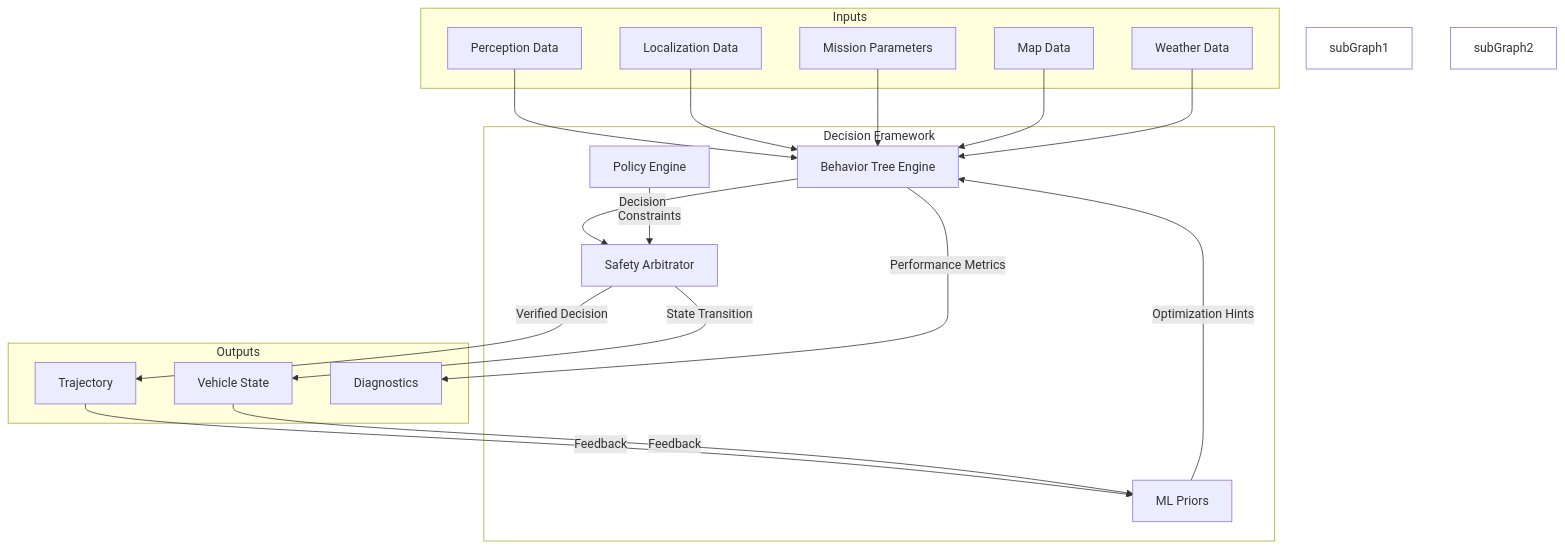
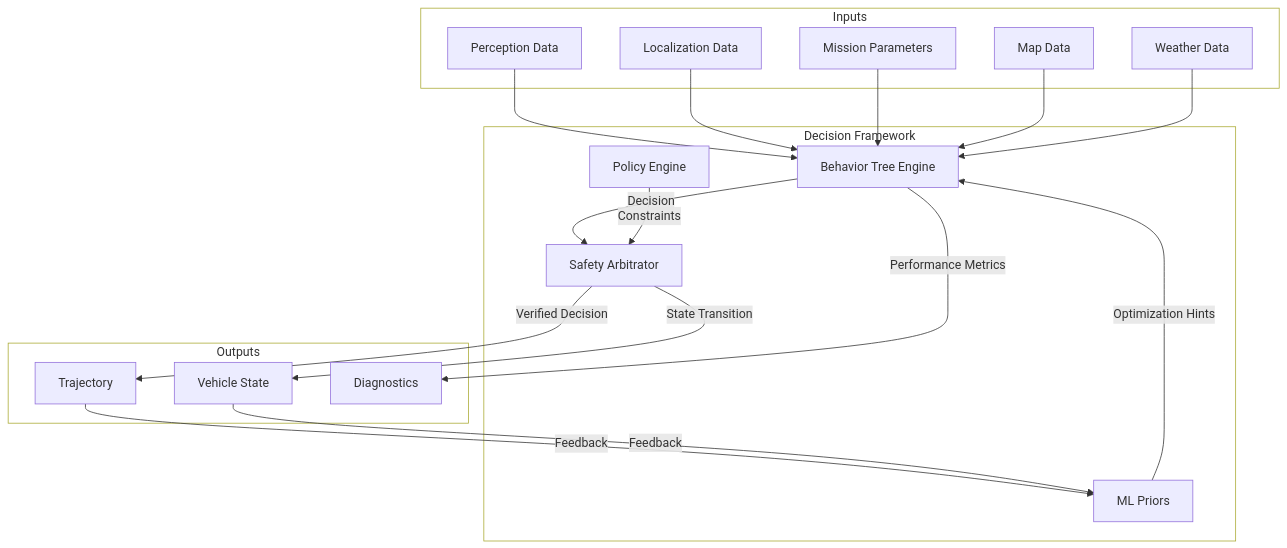
The seventh of 17 diagrams in docs/Technical/01_Architecture.md (suprachakra/AtlasMesh-Fleet-OS), drawn with Mermaid before and after one commit.

````diff
--- a/docs/Technical/01_Architecture.md
+++ b/docs/Technical/01_Architecture.md
@@ -476,45 +476,38 @@
 ```mermaid
-flowchart TD
-    subgraph "Decision Framework"
-        BT[Behavior Tree Engine]
-        SA[Safety Arbitrator]
-        ML[ML Priors]
-        PE[Policy Engine]
-    end
-
-    subgraph "Inputs"
-        Perception[Perception Data]
-        Localization[Localization Data]
-        Mission[Mission Parameters]
-        Map[Map Data]
-        Weather[Weather Data]
-    end
-
-    subgraph "Outputs"
-        Trajectory[Trajectory]
-        VehicleState[Vehicle State]
-        Diagnostics[Diagnostics]
-    end
-
+flowchart TB
+ subgraph subGraph0["Decision Framework"]
+        BT["Behavior Tree Engine"]
+        SA["Safety Arbitrator"]
+        ML["ML Priors"]
+        PE["Policy Engine"]
+  end
+ subgraph Inputs["Inputs"]
+        Perception["Perception Data"]
+        Localization["Localization Data"]
+        Mission["Mission Parameters"]
+        Map["Map Data"]
+        Weather["Weather Data"]
+  end
+ subgraph Outputs["Outputs"]
+        Trajectory["Trajectory"]
+        VehicleState["Vehicle State"]
+        Diagnostics["Diagnostics"]
+  end
     Perception --> BT
     Localization --> BT
     Mission --> BT
     Map --> BT
     Weather --> BT
-    
-    BT -->|Decision| SA
-    ML -->|Optimization Hints| BT
-    PE -->|Constraints| SA
-    
-    SA -->|Verified Decision| Trajectory
-    SA -->|State Transition| VehicleState
-    BT -->|Performance Metrics| Diagnostics
-    
-    Trajectory -->|Feedback| ML
-    VehicleState -->|Feedback| ML
+    BT -- Decision --> SA
+    ML -- Optimization Hints --> BT
+    PE -- Constraints --> SA
+    SA -- Verified Decision --> Trajectory
+    SA -- State Transition --> VehicleState
+    BT -- Performance Metrics --> Diagnostics
+    Trajectory -- Feedback --> ML
+    VehicleState -- Feedback --> ML
 
     style subGraph0 fill:transparent
-    style subGraph1 fill:transparent
-    style subGraph2 fill:transparent
-
+    style Inputs fill:transparent
+    style Outputs fill:transparent
 ```
````
